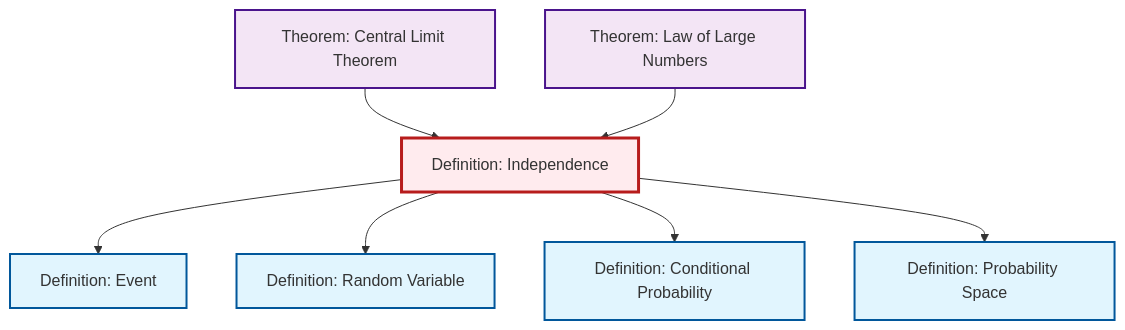
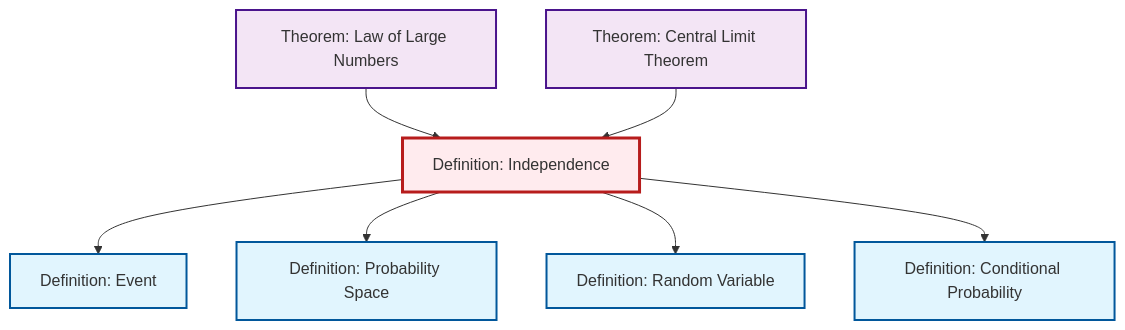
The diagram in content/ja/probability-statistics/def-independence.qmd (RK0429/ModernMath), drawn with Mermaid before and after one commit. The commit also changed other lines of this file and 497 other files, not shown here.

````diff
--- a/content/ja/probability-statistics/def-independence.qmd
+++ b/content/ja/probability-statistics/def-independence.qmd
@@ -114,29 +114,29 @@
 ```{mermaid}
 %%| fig-cap: "Local dependency graph"
 graph TD
     classDef definition fill:#e1f5fe,stroke:#01579b,stroke-width:2px
     classDef theorem fill:#f3e5f5,stroke:#4a148c,stroke-width:2px
     classDef axiom fill:#fff3e0,stroke:#e65100,stroke-width:2px
     classDef example fill:#e8f5e9,stroke:#1b5e20,stroke-width:2px
     classDef current fill:#ffebee,stroke:#b71c1c,stroke-width:3px
+    def-random-variable["Definition: Random Variable"]:::definition
     def-conditional-probability["Definition: Conditional Probability"]:::definition
+    thm-central-limit["Theorem: Central Limit Theorem"]:::theorem
     def-event["Definition: Event"]:::definition
+    thm-law-of-large-numbers["Theorem: Law of Large Numbers"]:::theorem
+    def-independence["Definition: Independence"]:::definition
     def-probability-space["Definition: Probability Space"]:::definition
-    def-random-variable["Definition: Random Variable"]:::definition
-    def-independence["Definition: Independence"]:::definition
-    thm-central-limit["Theorem: Central Limit Theorem"]:::theorem
-    thm-law-of-large-numbers["Theorem: Law of Large Numbers"]:::theorem
-    thm-central-limit --> def-independence
     def-independence --> def-event
-    def-independence --> def-random-variable
-    def-independence --> def-conditional-probability
     def-independence --> def-probability-space
     thm-law-of-large-numbers --> def-independence
+    def-independence --> def-random-variable
+    thm-central-limit --> def-independence
+    def-independence --> def-conditional-probability
     class def-independence current
+    click def-random-variable "def-random-variable.html" "Definition: Random Variableへ"
     click def-conditional-probability "def-conditional-probability.html" "Definition: Conditional Probabilityへ"
+    click thm-central-limit "thm-central-limit.html" "Theorem: Central Limit Theoremへ"
     click def-event "def-event.html" "Definition: Eventへ"
+    click thm-law-of-large-numbers "thm-law-of-large-numbers.html" "Theorem: Law of Large Numbersへ"
     click def-probability-space "def-probability-space.html" "Definition: Probability Spaceへ"
-    click def-random-variable "def-random-variable.html" "Definition: Random Variableへ"
-    click thm-central-limit "thm-central-limit.html" "Theorem: Central Limit Theoremへ"
-    click thm-law-of-large-numbers "thm-law-of-large-numbers.html" "Theorem: Law of Large Numbersへ"
 ```
````
